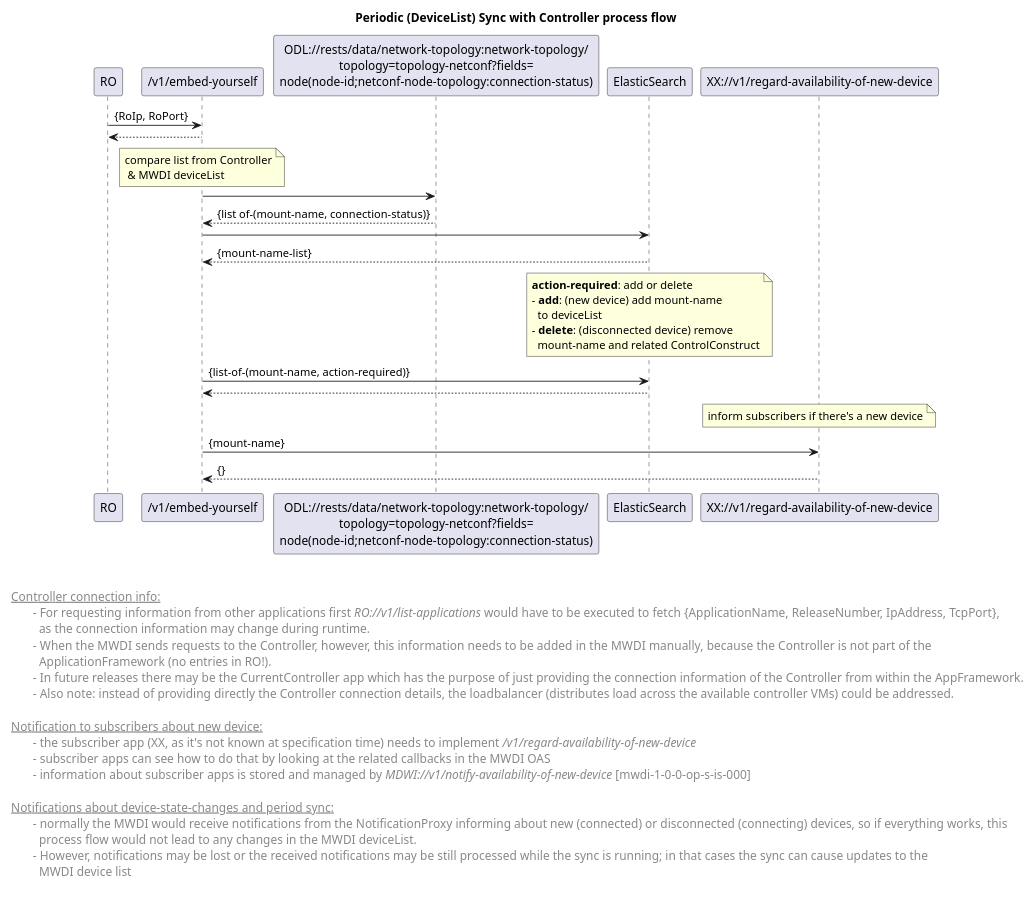
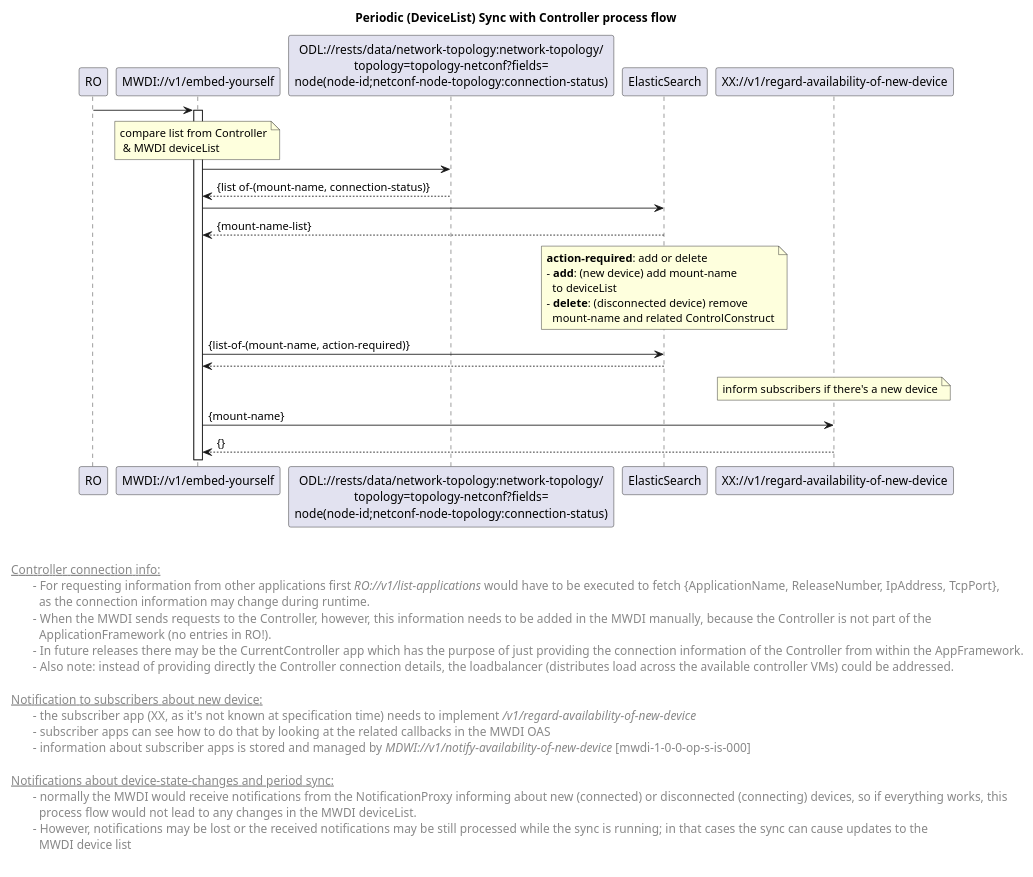
One commit to openBackhaul/MicroWaveDeviceInventory changed the diagram in spec/diagrams/01x_forwardingCyclicOperationDeviceListSync.plantuml. Above: the diagram before and after it, drawn with PlantUML.

Commit message:
update pic

```diff
--- a/spec/diagrams/01x_forwardingCyclicOperationDeviceListSync.plantuml
+++ b/spec/diagrams/01x_forwardingCyclicOperationDeviceListSync.plantuml
@@ -1,83 +1,83 @@
 @startuml
 skinparam responseMessageBelowArrow true
 skinparam guillemet [ ]
 skinparam participant {
   StereotypeFontSize 12  
 }
 hide stereotype
 
 title  Periodic (DeviceList) Sync with Controller process flow
 
 
 'participants
 participant "RO" as ro
-participant "/v1/embed-yourself" as mwdi <<mwdi-1-0-0-op-s-bm-001>>
+participant "MWDI://v1/embed-yourself" as mwdi <<mwdi-1-0-0-op-s-bm-001>>
 participant "ODL://rests/data/network-topology:network-topology/\ntopology=topology-netconf?fields=\nnode(node-id;netconf-node-topology:connection-status)" as odlConnectionStatus <<mwdi-1-0-0-op-c-is-c-4-0-2-010>>
 participant "ElasticSearch" as es <<mwdi-1-0-0-es-c-es-1-0-0-000>>
 participant "XX://v1/regard-availability-of-new-device" as notificationToXX <<mwdi-1-0-0-op-c-is-xx-1-0-0-000>>
 
 
-ro -> mwdi: {RoIp, RoPort}
-mwdi --> ro
+ro -> mwdi
+activate mwdi
 
 'get deviceList from Controller
 note over mwdi: compare list from Controller\n & MWDI deviceList
 mwdi -> odlConnectionStatus
 odlConnectionStatus --> mwdi: {list of-(mount-name, connection-status)}
 
 'get MWDI deviceList from ElasticSearch 
 mwdi -> es
 es --> mwdi: {mount-name-list}
 
 'diff both lists and process devices accordingly
 note over es
  <b>action-required</b>: add or delete
  - <b>add</b>: (new device) add mount-name 
    to deviceList
  - <b>delete</b>: (disconnected device) remove 
    mount-name and related ControlConstruct
 end note 
 
 
 mwdi -> es: {list-of-(mount-name, action-required)}
 es --> mwdi
 
 'inform subscribers about new device
 note over notificationToXX: inform subscribers if there's a new device
 mwdi -> notificationToXX: {mount-name}
 notificationToXX --> mwdi: {}
 
 
 
 left footer 
 
 
 <u> Controller connection info:</u>
 \t- For requesting information from other applications first <i>RO://v1/list-applications</i> would have to be executed to fetch {ApplicationName, ReleaseNumber, IpAddress, TcpPort}, 
 \t  as the connection information may change during runtime.
 \t-  When the MWDI sends requests to the Controller, however, this information needs to be added in the MWDI manually, because the Controller is not part of the 
 \t  ApplicationFramework (no entries in RO!). 
 \t-  In future releases there may be the CurrentController app which has the purpose of just providing the connection information of the Controller from within the AppFramework.
 \t-  Also note: instead of providing directly the Controller connection details, the loadbalancer (distributes load across the available controller VMs) could be addressed.
 
 <u> Notification to subscribers about new device:</u>
 \t- the subscriber app (XX, as it's not known at specification time) needs to implement <i>/v1/regard-availability-of-new-device</i>
 \t- subscriber apps can see how to do that by looking at the related callbacks in the MWDI OAS 
 \t- information about subscriber apps is stored and managed by <i>MDWI://v1/notify-availability-of-new-device</i> [mwdi-1-0-0-op-s-is-000]
 
 <u> Notifications about device-state-changes and period sync<u>:
 \t- normally the MWDI would receive notifications from the NotificationProxy informing about new (connected) or disconnected (connecting) devices, so if everything works, this
 \t  process flow would not lead to any changes in the MWDI deviceList.
 \t- However, notifications may be lost or the received notifications may be still processed while the sync is running; in that cases the sync can cause updates to the 
 \t  MWDI device list 
 
 end footer
 
 <style>
 footer {
   HorizontalAlignment left
   FontSize 14
 }
 </style>
 
 @enduml
```
